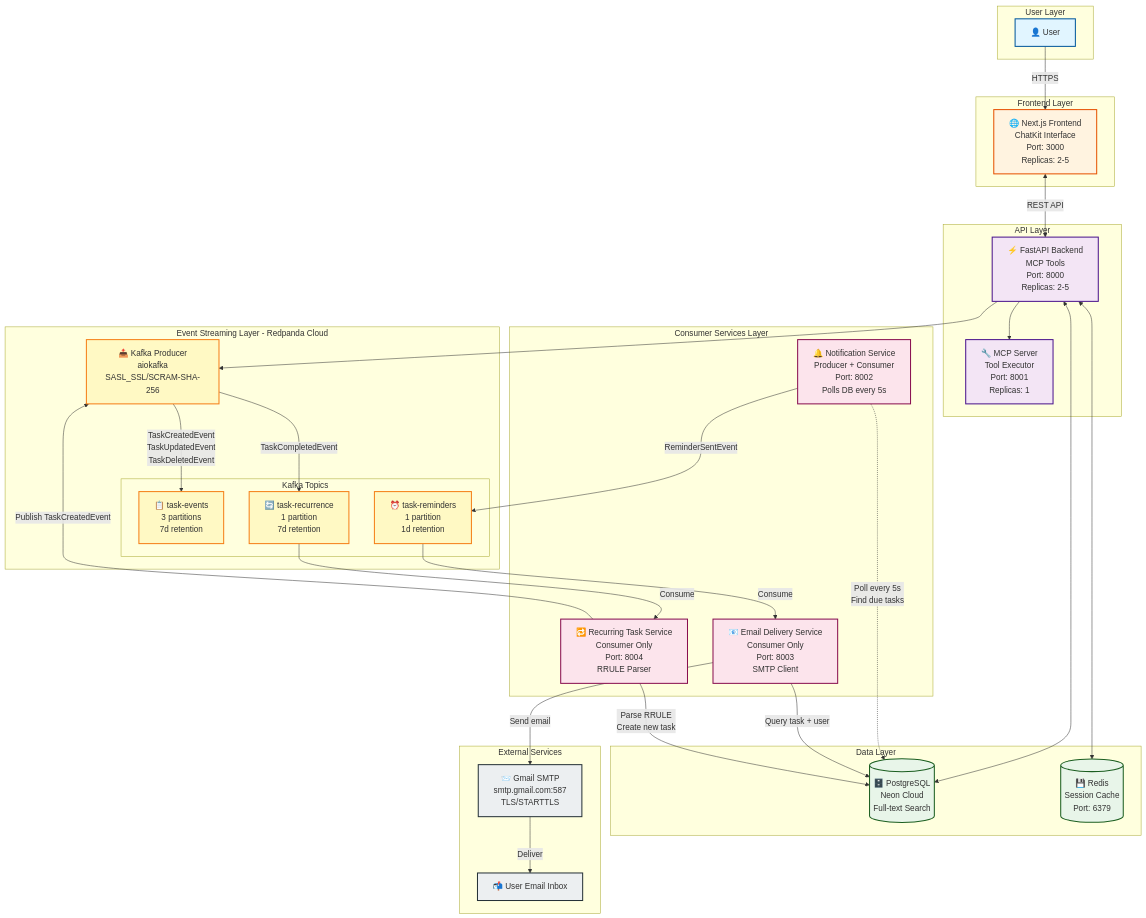
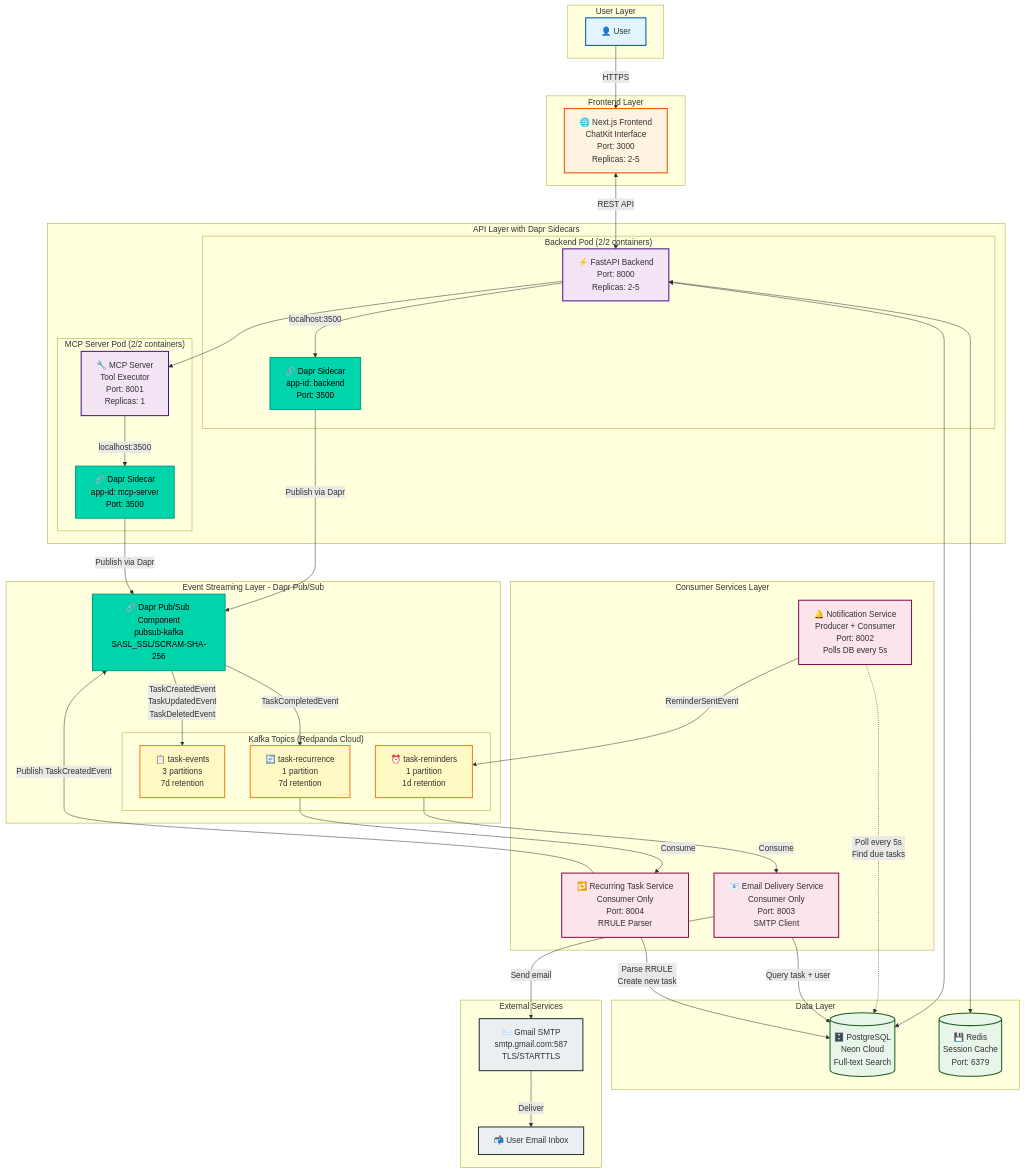
Before and after one commit to Msaleemakhtar/hackathon-II-todo-app: the first of 5 diagrams in phaseV/README.md, drawn with Mermaid. The commit also changed other lines of this file and 6 other files, not shown here.

````diff
--- a/phaseV/README.md
+++ b/phaseV/README.md
@@ -37,9 +43,15 @@
         UI[🌐 Next.js Frontend<br/>ChatKit Interface<br/>Port: 3000<br/>Replicas: 2-5]
     end
 
-    subgraph "API Layer"
-        Backend[⚡ FastAPI Backend<br/>MCP Tools<br/>Port: 8000<br/>Replicas: 2-5]
-        MCP[🔧 MCP Server<br/>Tool Executor<br/>Port: 8001<br/>Replicas: 1]
+    subgraph "API Layer with Dapr Sidecars"
+        subgraph "Backend Pod (2/2 containers)"
+            Backend[⚡ FastAPI Backend<br/>Port: 8000<br/>Replicas: 2-5]
+            DaprBackend[🔗 Dapr Sidecar<br/>app-id: backend<br/>Port: 3500]
+        end
+        subgraph "MCP Server Pod (2/2 containers)"
+            MCP[🔧 MCP Server<br/>Tool Executor<br/>Port: 8001<br/>Replicas: 1]
+            DaprMCP[🔗 Dapr Sidecar<br/>app-id: mcp-server<br/>Port: 3500]
+        end
     end
 
     subgraph "Data Layer"
@@ -47,10 +59,10 @@
         Redis[(💾 Redis<br/>Session Cache<br/>Port: 6379)]
     end
 
-    subgraph "Event Streaming Layer - Redpanda Cloud"
-        Producer[📤 Kafka Producer<br/>aiokafka<br/>SASL_SSL/SCRAM-SHA-256]
+    subgraph "Event Streaming Layer - Dapr Pub/Sub"
+        DaprPubSub[🔗 Dapr Pub/Sub Component<br/>pubsub-kafka<br/>SASL_SSL/SCRAM-SHA-256]
 
-        subgraph "Kafka Topics"
+        subgraph "Kafka Topics (Redpanda Cloud)"
             T1[📋 task-events<br/>3 partitions<br/>7d retention]
             T2[⏰ task-reminders<br/>1 partition<br/>1d retention]
             T3[🔄 task-recurrence<br/>1 partition<br/>7d retention]
@@ -72,15 +84,18 @@
     User -->|HTTPS| UI
     UI <-->|REST API| Backend
 
-    %% Backend connections
+    %% Backend to Dapr sidecar
+    Backend -->|localhost:3500| DaprBackend
+    MCP -->|localhost:3500| DaprMCP
     Backend --> MCP
     Backend <--> DB
     Backend <--> Redis
-    Backend --> Producer
 
-    %% Kafka producer to topics
-    Producer -->|TaskCreatedEvent<br/>TaskUpdatedEvent<br/>TaskDeletedEvent| T1
-    Producer -->|TaskCompletedEvent| T3
+    %% Dapr pub/sub flow
+    DaprBackend -->|Publish via Dapr| DaprPubSub
+    DaprMCP -->|Publish via Dapr| DaprPubSub
+    DaprPubSub -->|TaskCreatedEvent<br/>TaskUpdatedEvent<br/>TaskDeletedEvent| T1
+    DaprPubSub -->|TaskCompletedEvent| T3
     NotificationSvc -->|ReminderSentEvent| T2
 
     %% Notification Service flow
@@ -95,12 +110,13 @@
     %% Recurring Task Service flow
     T3 -->|Consume| RecurringSvc
     RecurringSvc -->|Parse RRULE<br/>Create new task| DB
-    RecurringSvc -->|Publish TaskCreatedEvent| Producer
+    RecurringSvc -->|Publish TaskCreatedEvent| DaprPubSub
 
     %% Styling
     classDef userClass fill:#e1f5ff,stroke:#01579b,stroke-width:2px
     classDef frontendClass fill:#fff3e0,stroke:#e65100,stroke-width:2px
     classDef backendClass fill:#f3e5f5,stroke:#4a148c,stroke-width:2px
+    classDef daprClass fill:#00d4aa,stroke:#00a080,stroke-width:2px,color:#000
     classDef dataClass fill:#e8f5e9,stroke:#1b5e20,stroke-width:2px
     classDef kafkaClass fill:#fff9c4,stroke:#f57f17,stroke-width:2px
     classDef consumerClass fill:#fce4ec,stroke:#880e4f,stroke-width:2px
@@ -109,8 +125,9 @@
     class User userClass
     class UI frontendClass
     class Backend,MCP backendClass
+    class DaprBackend,DaprMCP,DaprPubSub daprClass
     class DB,Redis dataClass
-    class Producer,T1,T2,T3 kafkaClass
+    class T1,T2,T3 kafkaClass
     class NotificationSvc,EmailSvc,RecurringSvc consumerClass
     class SMTP,UserEmail externalClass
 ```
````
